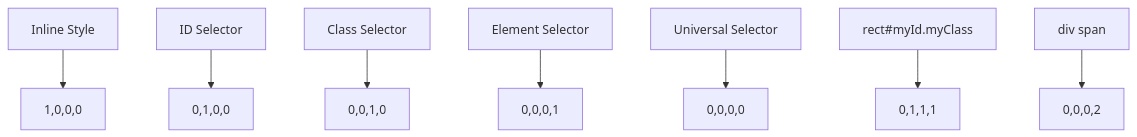
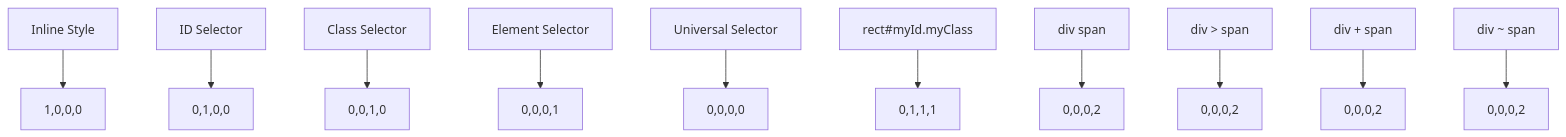
Before and after one commit to denisnadey/flutter_full_svg_support: the fourth of 7 diagrams in .qoder/repowiki/en/content/Animated SVG Support/Advanced Animation Features/Enhanced CSS Variables and Calculations/CSS Cascade System.md, drawn with Mermaid. The commit also changed other lines of this file and 40 other files, not shown here.

````diff
--- a/.qoder/repowiki/en/content/Animated SVG Support/Advanced Animation Features/Enhanced CSS Variables and Calculations/CSS Cascade System.md
+++ b/.qoder/repowiki/en/content/Animated SVG Support/Advanced Animation Features/Enhanced CSS Variables and Calculations/CSS Cascade System.md
@@ -204,10 +249,13 @@
 ```mermaid
 graph TB
 A[Inline Style] --> B[1,0,0,0]
 C[ID Selector] --> D[0,1,0,0]
 E[Class Selector] --> F[0,0,1,0]
 G[Element Selector] --> H[0,0,0,1]
 I[Universal Selector] --> J[0,0,0,0]
 K[rect#myId.myClass] --> L[0,1,1,1]
 M[div span] --> N[0,0,0,2]
+O[div > span] --> P[0,0,0,2]
+Q[div + span] --> R[0,0,0,2]
+S[div ~ span] --> T[0,0,0,2]
 ```
````
